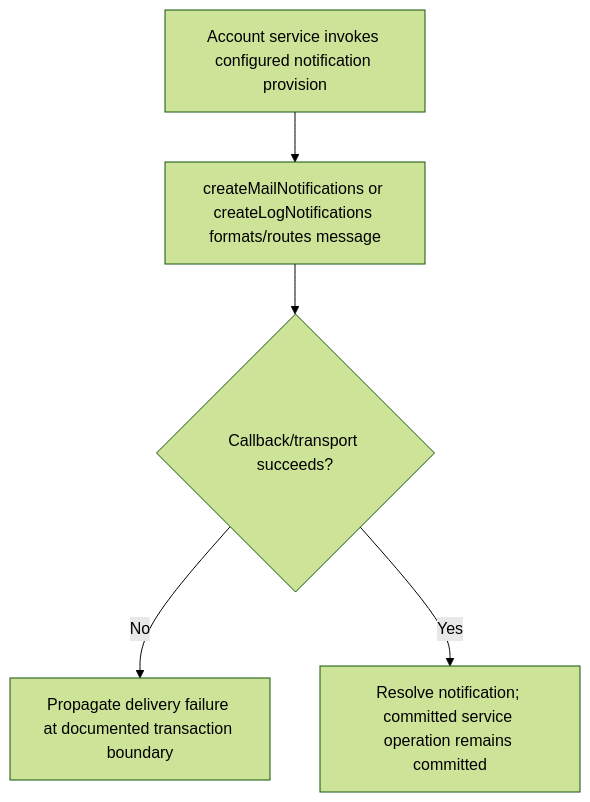
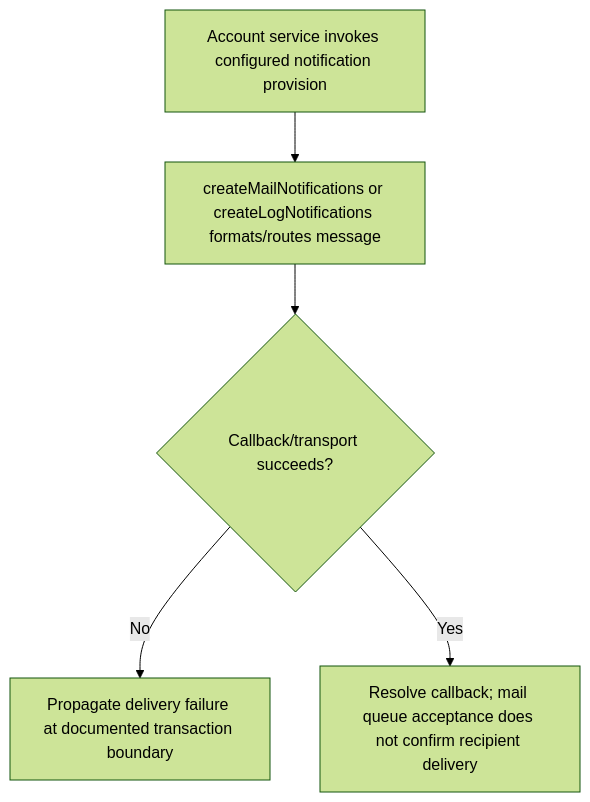
One commit to Kevinjohn/oss-adonisjs-account-kit changed the second of 2 diagrams in user-stories/US-ACCOUNT-35-configure-notifications.md. Above: the diagram before and after it, drawn with Mermaid (forest theme). The commit also changed other lines of this file and 7 other files, not shown here.

````diff
--- a/user-stories/US-ACCOUNT-35-configure-notifications.md
+++ b/user-stories/US-ACCOUNT-35-configure-notifications.md
@@ -30,7 +31,7 @@
 ```mermaid
 flowchart TD
  A["Account service invokes configured notification provision"] --> B["createMailNotifications or createLogNotifications formats/routes message"]
  B --> C{"Callback/transport succeeds?"}
  C -->|No| D["Propagate delivery failure at documented transaction boundary"]
- C -->|Yes| E["Resolve notification; committed service operation remains committed"]
+ C -->|Yes| E["Resolve callback; mail queue acceptance does not confirm recipient delivery"]
 ```
````
